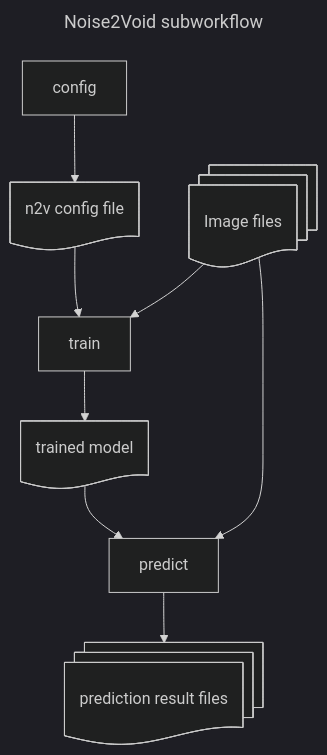
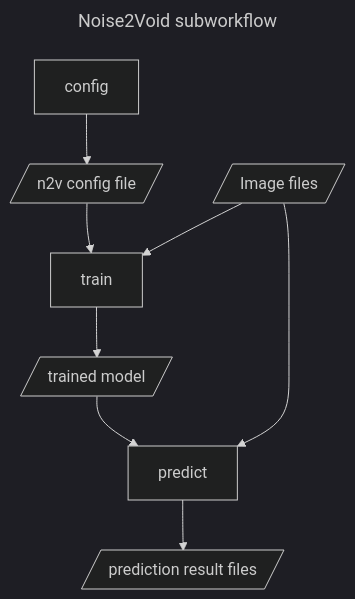
Before and after one commit to vib-bic-code/hackathon_leuven_2024: the diagram in README.md, drawn with Mermaid (dark theme).

````diff
--- a/README.md
+++ b/README.md
@@ -30,21 +30,21 @@
 ```mermaid
 ---
 title: Noise2Void subworkflow
 ---
 flowchart TD
     PA[config]
     PB[train]
     PC[predict]
-    DA@{ shape: docs, label: "Image files"}
-    DB@{ shape: doc, label: "n2v config file"}
-    DC@{ shape: doc, label: "trained model"}
-    DE@{ shape: docs, label: "prediction result files"}
+    DA@{ shape: lean-r, label: "Image files"}
+    DB@{ shape: lean-r, label: "n2v config file"}
+    DC@{ shape: lean-r, label: "trained model"}
+    DE@{ shape: lean-r, label: "prediction result files"}
 
     PA --> DB
     DB --> PB
     DA --> PB
     PB --> DC
     DC --> PC
     DA --> PC
     PC --> DE
 ```
````
